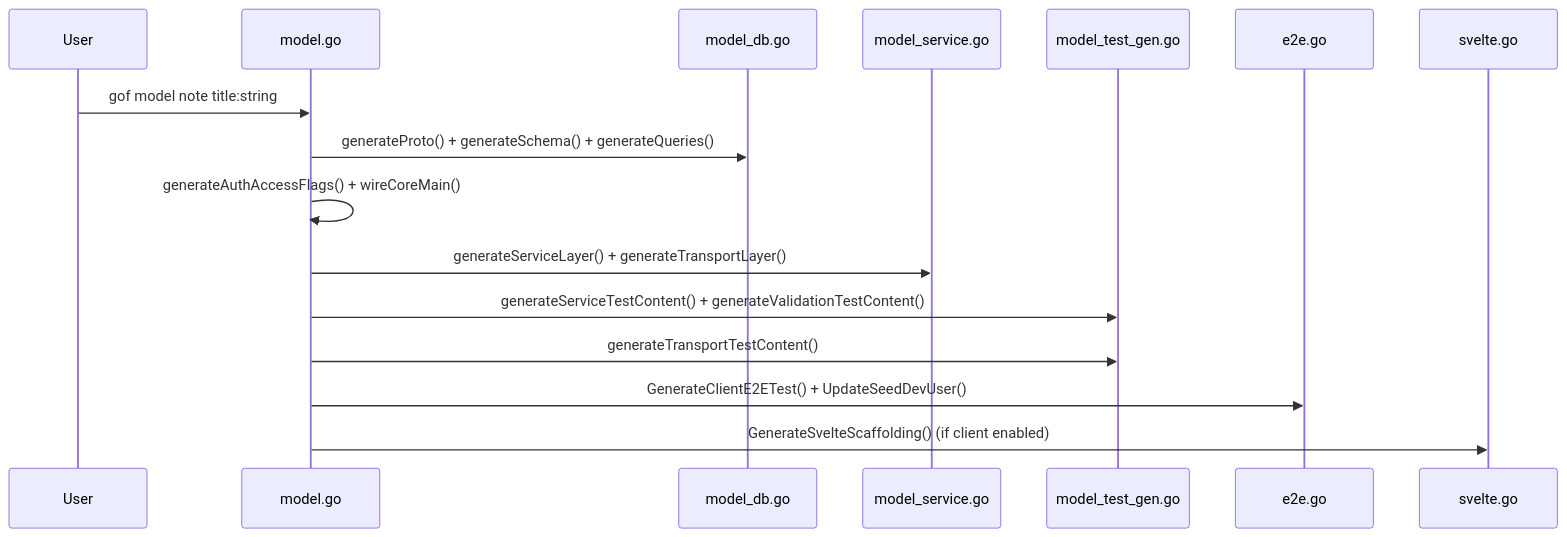
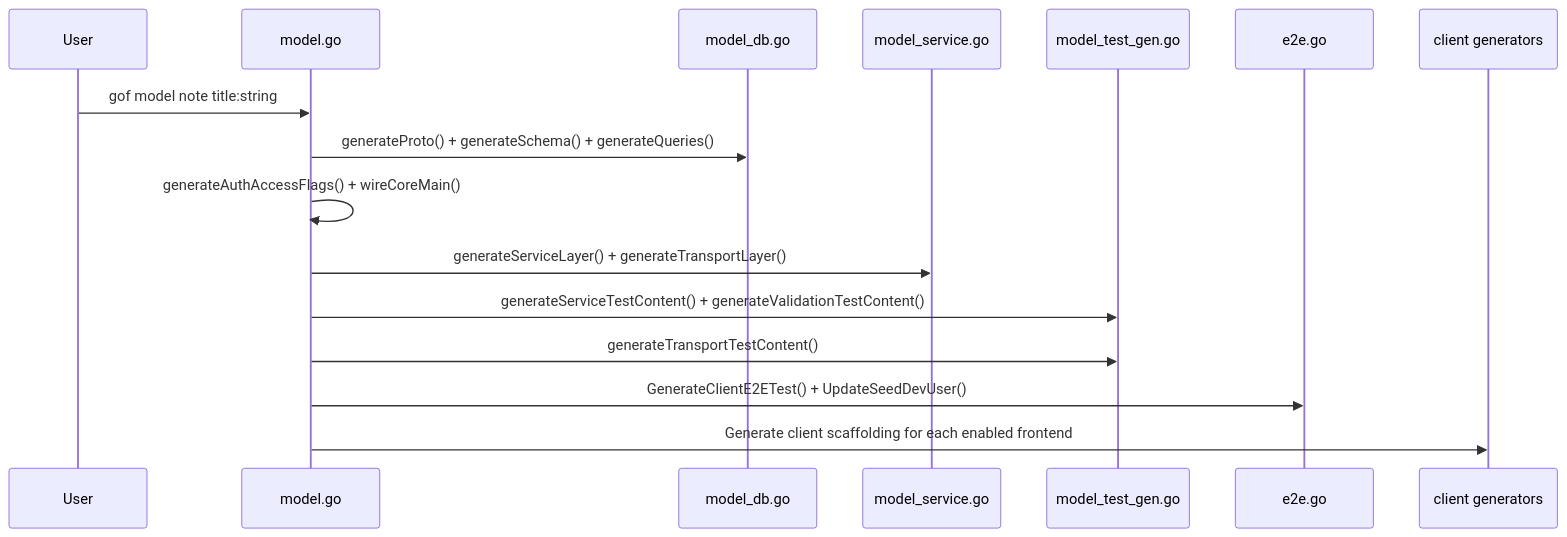
Before and after one commit to gofast-live/gofast-cli: the second of 3 diagrams in CONTEXT.md, drawn with Mermaid. The commit also changed other lines of this file, not shown here.

````diff
--- a/CONTEXT.md
+++ b/CONTEXT.md
@@ -283,19 +284,19 @@
 ```mermaid
 sequenceDiagram
   participant U as User
   participant M as model.go
   participant DB as model_db.go
   participant SVC as model_service.go
   participant TST as model_test_gen.go
   participant E as e2e.go
-  participant S as svelte.go
+  participant S as client generators
 
   U->>M: gof model note title:string
   M->>DB: generateProto() + generateSchema() + generateQueries()
   M->>M: generateAuthAccessFlags() + wireCoreMain()
   M->>SVC: generateServiceLayer() + generateTransportLayer()
   M->>TST: generateServiceTestContent() + generateValidationTestContent()
   M->>TST: generateTransportTestContent()
   M->>E: GenerateClientE2ETest() + UpdateSeedDevUser()
-  M->>S: GenerateSvelteScaffolding() (if client enabled)
+  M->>S: Generate client scaffolding for each enabled frontend
 ```
````
